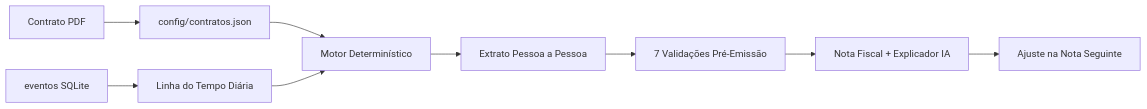
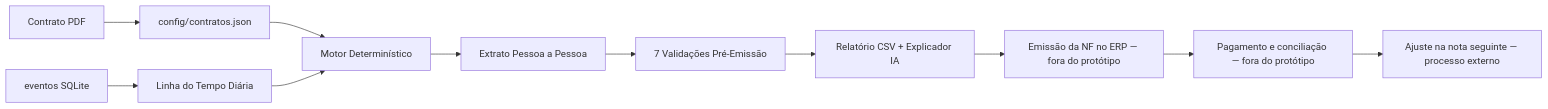
One commit to laizafernandes/case-medipreco-laiza changed the diagram in README.md. Above: the diagram before and after it, drawn with Mermaid. The commit also changed other lines of this file and 35 other files, not shown here.

````diff
--- a/README.md
+++ b/README.md
@@ -30,11 +30,13 @@
 ```mermaid
 flowchart LR
     A[Contrato PDF] --> B[config/contratos.json]
     C[eventos SQLite] --> D[Linha do Tempo Diária]
     B --> E[Motor Determinístico]
     D --> E
     E --> F[Extrato Pessoa a Pessoa]
     F --> G[7 Validações Pré-Emissão]
-    G --> H[Nota Fiscal + Explicador IA]
-    H --> I[Ajuste na Nota Seguinte]
+    G --> H[Relatório CSV + Explicador IA]
+    H --> I[Emissão da NF no ERP — fora do protótipo]
+    I --> J[Pagamento e conciliação — fora do protótipo]
+    J --> K[Ajuste na nota seguinte — processo externo]
 ```
````
